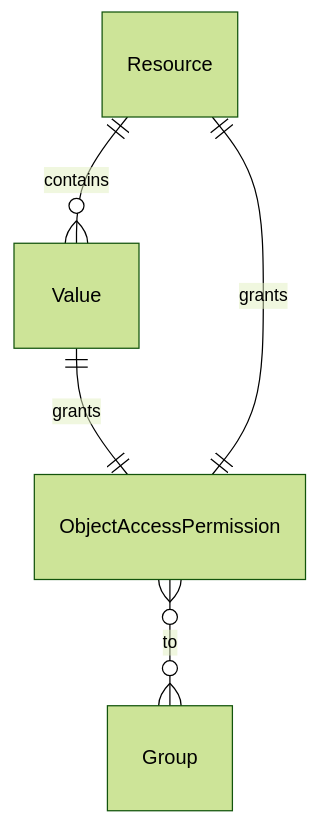
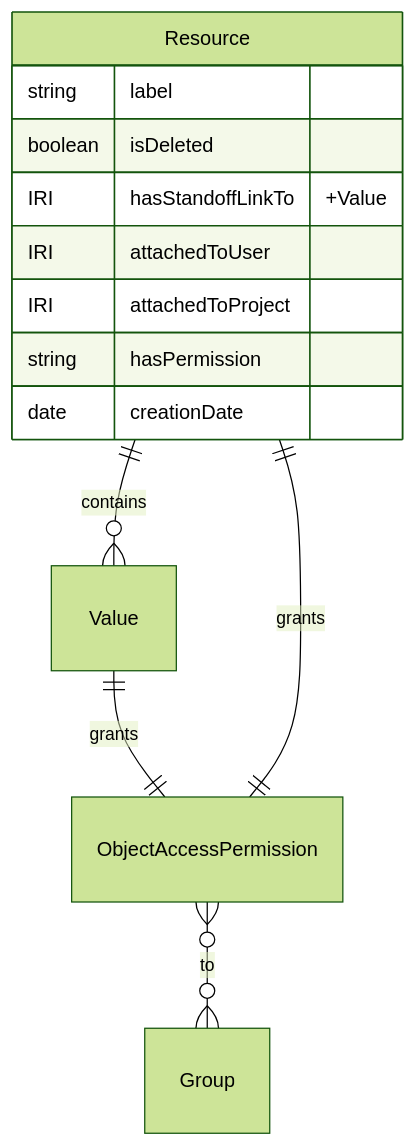
Before and after one commit to dasch-swiss/dsp-api: the fourth of 8 diagrams in docs/architecture/docs/domain-model.md, drawn with Mermaid (forest theme). The commit also changed other lines of this file, not shown here.

````diff
--- a/docs/architecture/docs/domain-model.md
+++ b/docs/architecture/docs/domain-model.md
@@ -140,7 +148,17 @@
 ```mermaid
 erDiagram
+    Resource {
+        string label
+        boolean isDeleted
+        IRI hasStandoffLinkTo "+Value"
+        IRI attachedToUser
+        IRI attachedToProject
+        string hasPermission
+        date creationDate
+    }
+    %% resource not yet finished
     Resource ||--o{ Value: contains
     Value ||--|| ObjectAccessPermission: grants
     Resource ||--|| ObjectAccessPermission: grants
     ObjectAccessPermission }o--o{ Group: "to"
 ```
````
